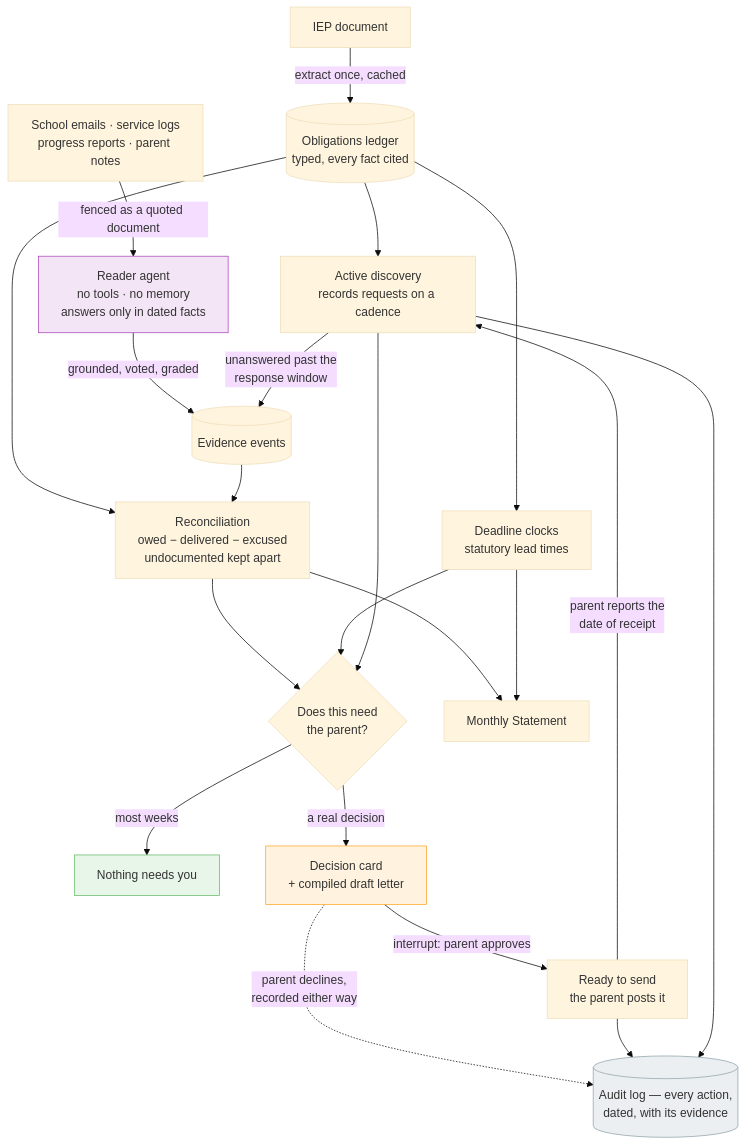
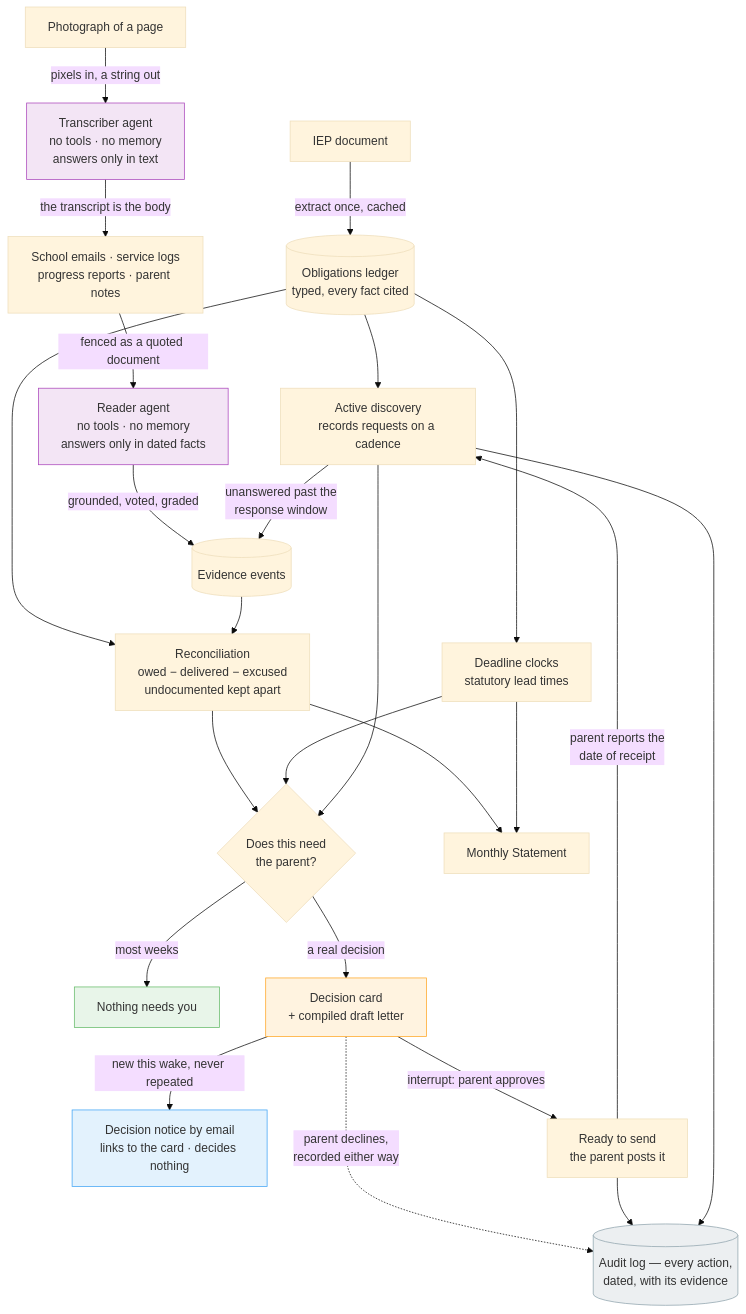
One commit to N-45div/Minutes changed the diagram in README.md. Above: the diagram before and after it, drawn with Mermaid (base theme). The commit also changed other lines of this file and 7 other files, not shown here.

````diff
--- a/README.md
+++ b/README.md
@@ -47,40 +47,45 @@
 ```mermaid
 flowchart TB
     IEP[IEP document]
     MAIL[School emails · service logs<br/>progress reports · parent notes]
     AUDIT[(Audit log — every action,<br/>dated, with its evidence)]
 
     IEP -->|extract once, cached| LEDGER[(Obligations ledger<br/>typed, every fact cited)]
+    PHOTO[Photograph of a page] -->|pixels in, a string out| TRANSCRIBER[Transcriber agent<br/>no tools · no memory<br/>answers only in text]
+    TRANSCRIBER -->|the transcript is the body| MAIL
     MAIL -->|fenced as a quoted document| READER[Reader agent<br/>no tools · no memory<br/>answers only in dated facts]
     READER -->|grounded, voted, graded| EVENTS[(Evidence events)]
 
     DISC[Active discovery<br/>records requests on a cadence] -->|unanswered past the<br/>response window| EVENTS
     LEDGER --> DISC
 
     LEDGER --> RECON[Reconciliation<br/>owed − delivered − excused<br/>undocumented kept apart]
     EVENTS --> RECON
 
     LEDGER --> CLOCKS[Deadline clocks<br/>statutory lead times]
 
     RECON --> DECIDE{Does this need<br/>the parent?}
     CLOCKS --> DECIDE
     DISC --> DECIDE
 
     DECIDE -->|most weeks| QUIET[Nothing needs you]
     DECIDE -->|a real decision| CARD[Decision card<br/>+ compiled draft letter]
+    CARD -->|new this wake, never repeated| EMAIL[Decision notice by email<br/>links to the card · decides nothing]
 
     RECON --> STMT[Monthly Statement]
     CLOCKS --> STMT
 
     CARD -->|interrupt: parent approves| SEND[Ready to send<br/>the parent posts it]
     CARD -.->|parent declines,<br/>recorded either way| AUDIT
 
     SEND -->|parent reports the<br/>date of receipt| DISC
     SEND --> AUDIT
     DISC --> AUDIT
 
     style QUIET fill:#e8f5e9,stroke:#66bb6a
     style CARD fill:#fff3e0,stroke:#ffa726
     style AUDIT fill:#eceff1,stroke:#90a4ae
     style READER fill:#f3e5f5,stroke:#ab47bc
+    style TRANSCRIBER fill:#f3e5f5,stroke:#ab47bc
+    style EMAIL fill:#e3f2fd,stroke:#42a5f5
 ```
````
